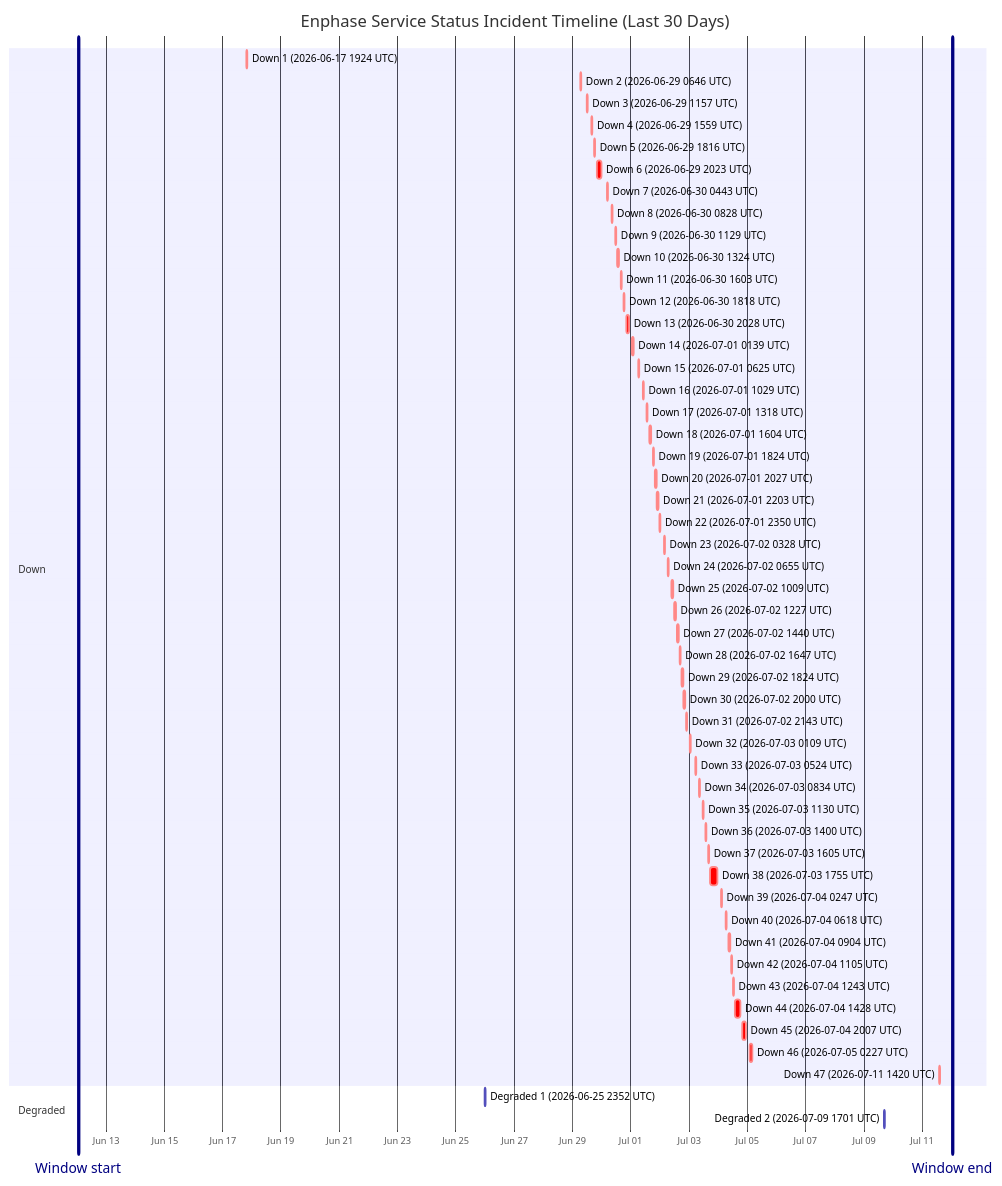
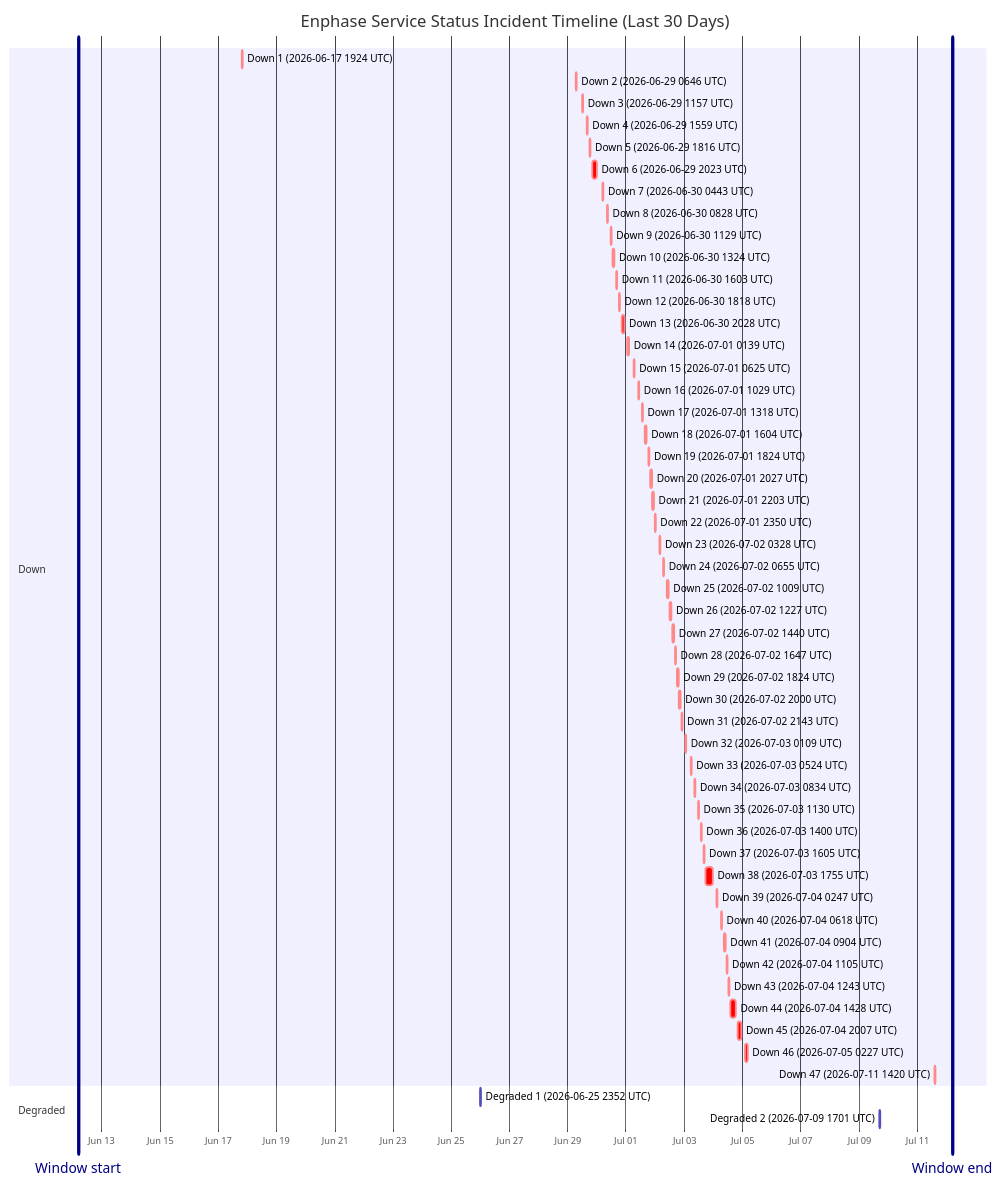
One commit to barneyonline/ha-enphase-energy changed the diagram in wiki/Service-Status-History.md. Above: the diagram before and after it, drawn with Mermaid. The commit also changed other lines of this file and 3 other files, not shown here.

````diff
--- a/wiki/Service-Status-History.md
+++ b/wiki/Service-Status-History.md
@@ -14,59 +14,59 @@
 ```mermaid
 gantt
     title Enphase Service Status Incident Timeline (Last 30 Days)
     dateFormat  YYYY-MM-DDTHH:mm:ss
     axisFormat  %b %d
-    Window start :vert, window-start, 2026-06-12T01:04:29, 0ms
-    Window end :vert, window-end, 2026-07-12T01:04:29, 0ms
+    Window start :vert, window-start, 2026-06-12T04:51:19, 0ms
+    Window end :vert, window-end, 2026-07-12T04:51:19, 0ms
     section Down
     Down 1 (2026-06-17 1924 UTC) :crit, down-1, 2026-06-17T19:24:51, 60m
     Down 2 (2026-06-29 0646 UTC) :crit, down-2, 2026-06-29T06:46:18, 60m
     Down 3 (2026-06-29 1157 UTC) :crit, down-3, 2026-06-29T11:57:36, 60m
     Down 4 (2026-06-29 1559 UTC) :crit, down-4, 2026-06-29T15:59:02, 60m
     Down 5 (2026-06-29 1816 UTC) :crit, down-5, 2026-06-29T18:16:38, 60m
     Down 6 (2026-06-29 2023 UTC) :crit, down-6, 2026-06-29T20:23:16, 220m
     Down 7 (2026-06-30 0443 UTC) :crit, down-7, 2026-06-30T04:43:54, 60m
     Down 8 (2026-06-30 0828 UTC) :crit, down-8, 2026-06-30T08:28:43, 60m
     Down 9 (2026-06-30 1129 UTC) :crit, down-9, 2026-06-30T11:29:15, 60m
     Down 10 (2026-06-30 1324 UTC) :crit, down-10, 2026-06-30T13:24:25, 60m
     Down 11 (2026-06-30 1603 UTC) :crit, down-11, 2026-06-30T16:03:26, 60m
     Down 12 (2026-06-30 1818 UTC) :crit, down-12, 2026-06-30T18:18:39, 60m
     Down 13 (2026-06-30 2028 UTC) :crit, down-13, 2026-06-30T20:28:54, 171m
     Down 14 (2026-07-01 0139 UTC) :crit, down-14, 2026-07-01T01:39:18, 60m
     Down 15 (2026-07-01 0625 UTC) :crit, down-15, 2026-07-01T06:25:35, 60m
     Down 16 (2026-07-01 1029 UTC) :crit, down-16, 2026-07-01T10:29:24, 60m
     Down 17 (2026-07-01 1318 UTC) :crit, down-17, 2026-07-01T13:18:31, 60m
     Down 18 (2026-07-01 1604 UTC) :crit, down-18, 2026-07-01T16:04:29, 60m
     Down 19 (2026-07-01 1824 UTC) :crit, down-19, 2026-07-01T18:24:21, 60m
     Down 20 (2026-07-01 2027 UTC) :crit, down-20, 2026-07-01T20:27:17, 60m
     Down 21 (2026-07-01 2203 UTC) :crit, down-21, 2026-07-01T22:03:46, 60m
     Down 22 (2026-07-01 2350 UTC) :crit, down-22, 2026-07-01T23:50:52, 60m
     Down 23 (2026-07-02 0328 UTC) :crit, down-23, 2026-07-02T03:28:33, 60m
     Down 24 (2026-07-02 0655 UTC) :crit, down-24, 2026-07-02T06:55:07, 60m
     Down 25 (2026-07-02 1009 UTC) :crit, down-25, 2026-07-02T10:09:15, 60m
     Down 26 (2026-07-02 1227 UTC) :crit, down-26, 2026-07-02T12:27:49, 60m
     Down 27 (2026-07-02 1440 UTC) :crit, down-27, 2026-07-02T14:40:53, 60m
     Down 28 (2026-07-02 1647 UTC) :crit, down-28, 2026-07-02T16:47:47, 60m
     Down 29 (2026-07-02 1824 UTC) :crit, down-29, 2026-07-02T18:24:26, 60m
     Down 30 (2026-07-02 2000 UTC) :crit, down-30, 2026-07-02T20:00:57, 60m
     Down 31 (2026-07-02 2143 UTC) :crit, down-31, 2026-07-02T21:43:52, 80m
     Down 32 (2026-07-03 0109 UTC) :crit, down-32, 2026-07-03T01:09:19, 60m
     Down 33 (2026-07-03 0524 UTC) :crit, down-33, 2026-07-03T05:24:23, 60m
     Down 34 (2026-07-03 0834 UTC) :crit, down-34, 2026-07-03T08:34:05, 60m
     Down 35 (2026-07-03 1130 UTC) :crit, down-35, 2026-07-03T11:30:41, 60m
     Down 36 (2026-07-03 1400 UTC) :crit, down-36, 2026-07-03T14:00:48, 60m
     Down 37 (2026-07-03 1605 UTC) :crit, down-37, 2026-07-03T16:05:49, 60m
     Down 38 (2026-07-03 1755 UTC) :crit, down-38, 2026-07-03T17:55:54, 338m
     Down 39 (2026-07-04 0247 UTC) :crit, down-39, 2026-07-04T02:47:22, 60m
     Down 40 (2026-07-04 0618 UTC) :crit, down-40, 2026-07-04T06:18:09, 60m
     Down 41 (2026-07-04 0904 UTC) :crit, down-41, 2026-07-04T09:04:41, 60m
     Down 42 (2026-07-04 1105 UTC) :crit, down-42, 2026-07-04T11:05:21, 60m
     Down 43 (2026-07-04 1243 UTC) :crit, down-43, 2026-07-04T12:43:25, 60m
     Down 44 (2026-07-04 1428 UTC) :crit, down-44, 2026-07-04T14:28:07, 243m
     Down 45 (2026-07-04 2007 UTC) :crit, down-45, 2026-07-04T20:07:50, 206m
     Down 46 (2026-07-05 0227 UTC) :crit, down-46, 2026-07-05T02:27:32, 109m
     Down 47 (2026-07-11 1420 UTC) :crit, down-47, 2026-07-11T14:20:54, 69m
     section Degraded
     Degraded 1 (2026-06-25 2352 UTC) :active, degraded-1, 2026-06-25T23:52:01, 60m
     Degraded 2 (2026-07-09 1701 UTC) :active, degraded-2, 2026-07-09T17:01:02, 60m
 ```
````
